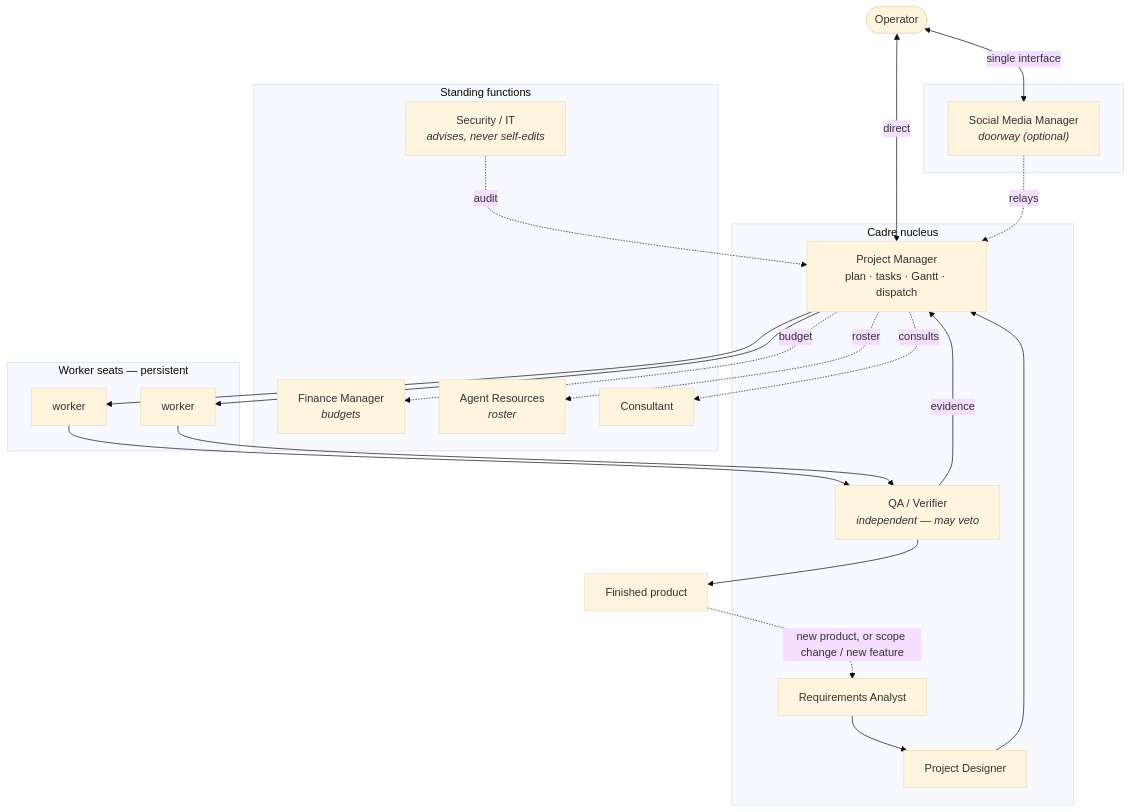
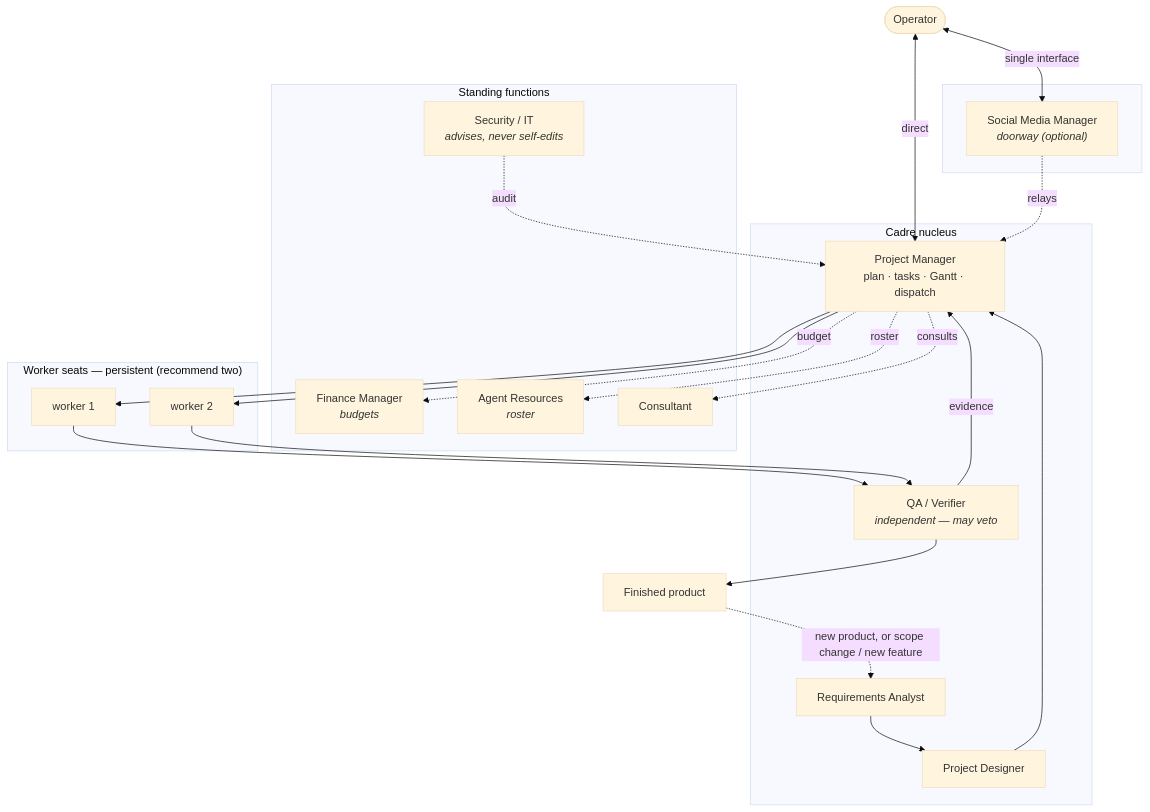
The diagram in diagrams/topology.md (ADD-Attack/Cadre), drawn with Mermaid (base theme) before and after one commit. The commit also changed other lines of this file and 3 other files, not shown here.

First line of the commit message:
wizard: recommend TWO persistent worker seats by default (Brick 2026-09-15)

````diff
--- a/diagrams/topology.md
+++ b/diagrams/topology.md
@@ -3,42 +3,42 @@
 ```mermaid
 flowchart TD
     OP([Operator])
 
     subgraph DOOR[" "]
       SMM["Social Media Manager<br/><i>doorway (optional)</i>"]
     end
 
     subgraph CORE["Cadre nucleus"]
       PM["Project Manager<br/>plan · tasks · Gantt · dispatch"]
       RA["Requirements Analyst"]
       PD["Project Designer"]
       QA["QA / Verifier<br/><i>independent — may veto</i>"]
     end
 
     subgraph STAND["Standing functions"]
       SEC["Security / IT<br/><i>advises, never self-edits</i>"]
       FM["Finance Manager<br/><i>budgets</i>"]
       AR["Agent Resources<br/><i>roster</i>"]
       CON["Consultant"]
     end
 
-    subgraph WORK["Worker seats — persistent"]
-      W1["worker"]
-      W2["worker"]
+    subgraph WORK["Worker seats — persistent (recommend two)"]
+      W1["worker 1"]
+      W2["worker 2"]
     end
 
     OP <-->|single interface| SMM
     OP <-->|direct| PM
     SMM -. relays .-> PM
 
     RA --> PD --> PM
     PM --> W1 & W2
     W1 & W2 --> QA
     QA -->|evidence| PM
     QA --> PROD["Finished product"]
     PROD -.->|new product, or scope change / new feature| RA
     PM -. consults .-> CON
     PM -. budget .-> FM
     PM -. roster .-> AR
     SEC -. audit .-> PM
 ```
````
